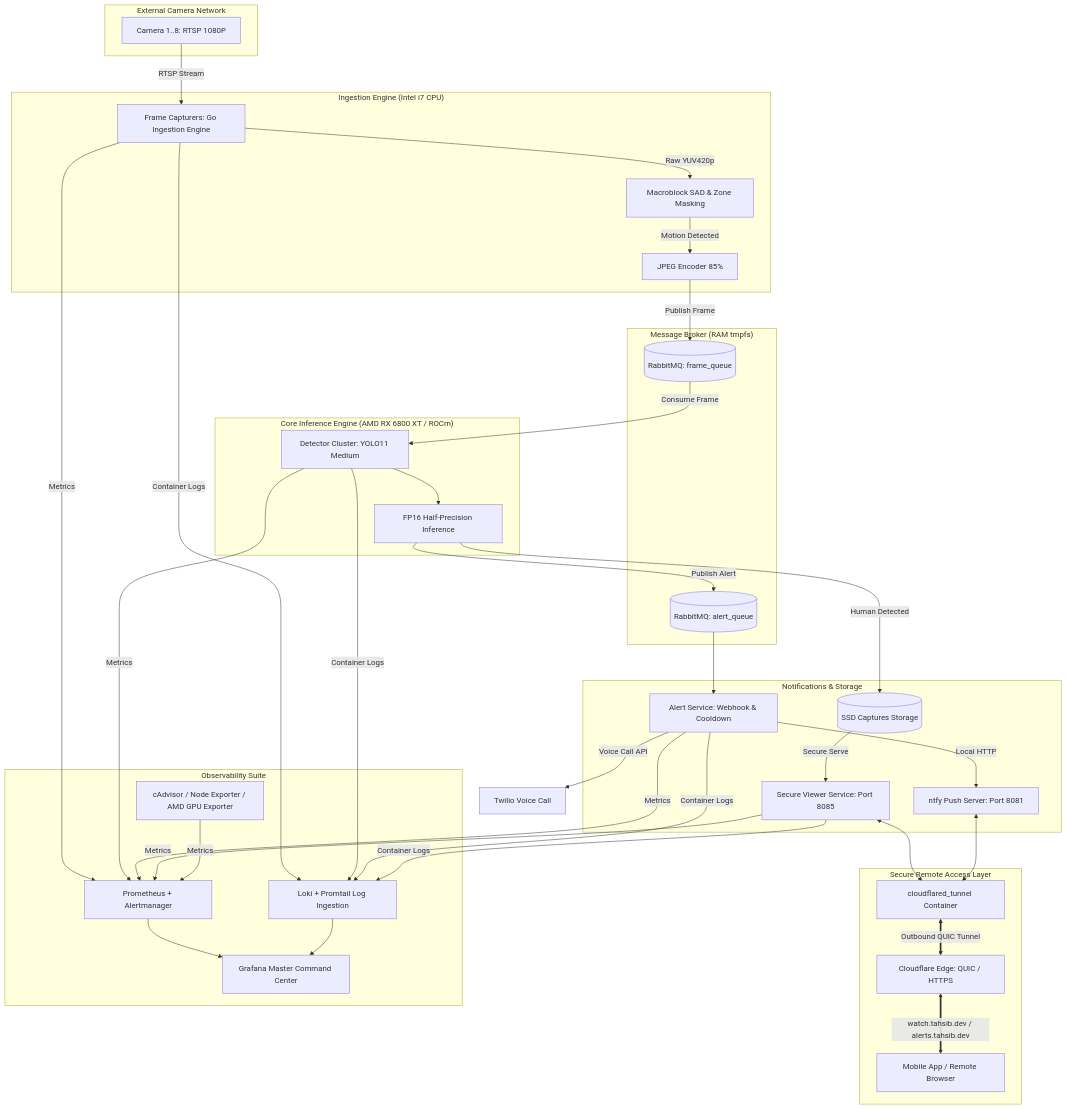
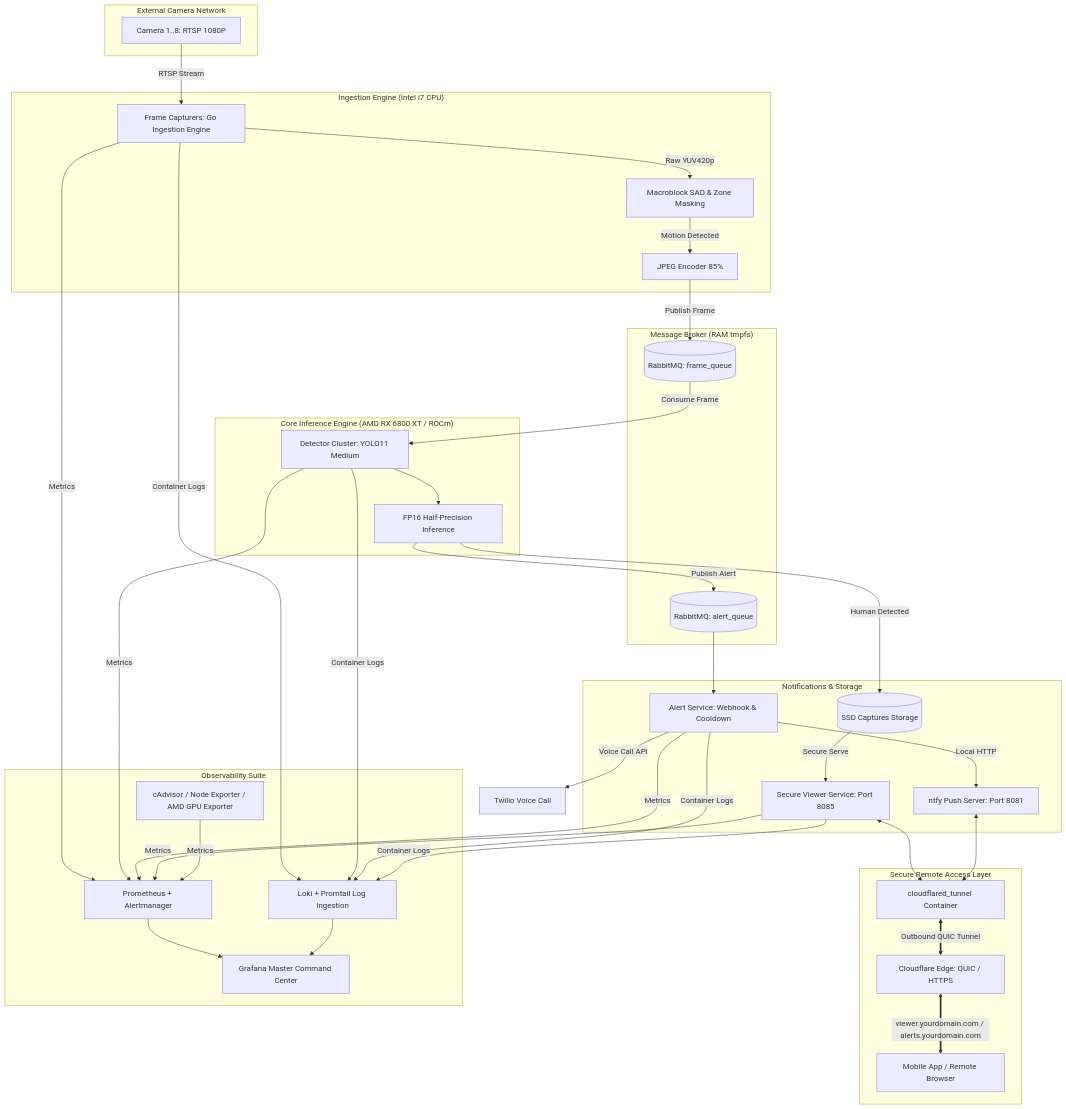
One commit to Tahsib/IntruderWatch changed the diagram in microservices/ARCHITECTURE.md. Above: the diagram before and after it, drawn with Mermaid. The commit also changed other lines of this file and 1 other file, not shown here.

Commit message:
docs(readme): overhaul documentation with production open-source architecture standards

````diff
--- a/microservices/ARCHITECTURE.md
+++ b/microservices/ARCHITECTURE.md
@@ -9,70 +9,70 @@
 ```mermaid
 graph TD
     subgraph "External Camera Network"
         C1[Camera 1..8: RTSP 1080P]
     end
 
     subgraph "Ingestion Engine (Intel i7 CPU)"
         FC["Frame Capturers: Go Ingestion Engine"]
         MB["Macroblock SAD & Zone Masking"]
         ENC["JPEG Encoder 85%"]
     end
 
     subgraph "Message Broker (RAM tmpfs)"
         RMQ_F[(RabbitMQ: frame_queue)]
         RMQ_A[(RabbitMQ: alert_queue)]
     end
 
     subgraph "Core Inference Engine (AMD RX 6800 XT / ROCm)"
         DET[Detector Cluster: YOLO11 Medium]
         FP16[FP16 Half-Precision Inference]
     end
 
     subgraph "Notifications & Storage"
         DISK[(SSD Captures Storage)]
         VIEW[Secure Viewer Service: Port 8085]
         NTFY[ntfy Push Server: Port 8081]
         ALERT[Alert Service: Webhook & Cooldown]
     end
 
     subgraph "Secure Remote Access Layer"
         TUNNEL[cloudflared_tunnel Container]
         CF[Cloudflare Edge: QUIC / HTTPS]
         PHONE[Mobile App / Remote Browser]
     end
 
     subgraph "Observability Suite"
         PROM[Prometheus + Alertmanager]
         GRAF[Grafana Master Command Center]
         LOKI[Loki + Promtail Log Ingestion]
         EXP[cAdvisor / Node Exporter / AMD GPU Exporter]
     end
 
     %% Ingestion Flow
     C1 -- "RTSP Stream" --> FC
     FC -- "Raw YUV420p" --> MB
     MB -- "Motion Detected" --> ENC
     ENC -- "Publish Frame" --> RMQ_F
 
     %% Detection Flow
     RMQ_F -- "Consume Frame" --> DET
     DET --> FP16
     FP16 -- "Human Detected" --> DISK
     FP16 -- "Publish Alert" --> RMQ_A
 
     %% Alerting Flow
     RMQ_A --> ALERT
     ALERT -- "Local HTTP" --> NTFY
     ALERT -- "Voice Call API" --> TWILIO[Twilio Voice Call]
 
     %% Remote Access Flow
     DISK -- "Secure Serve" --> VIEW
     VIEW & NTFY <--> TUNNEL
     TUNNEL <== "Outbound QUIC Tunnel" ==> CF
-    CF <== "watch.tahsib.dev / alerts.tahsib.dev" ==> PHONE
+    CF <== "viewer.yourdomain.com / alerts.yourdomain.com" ==> PHONE
 
     %% Observability Flow
     FC & DET & ALERT & VIEW & EXP -- "Metrics" --> PROM
     FC & DET & ALERT & VIEW -- "Container Logs" --> LOKI
     PROM & LOKI --> GRAF
 ```
````
